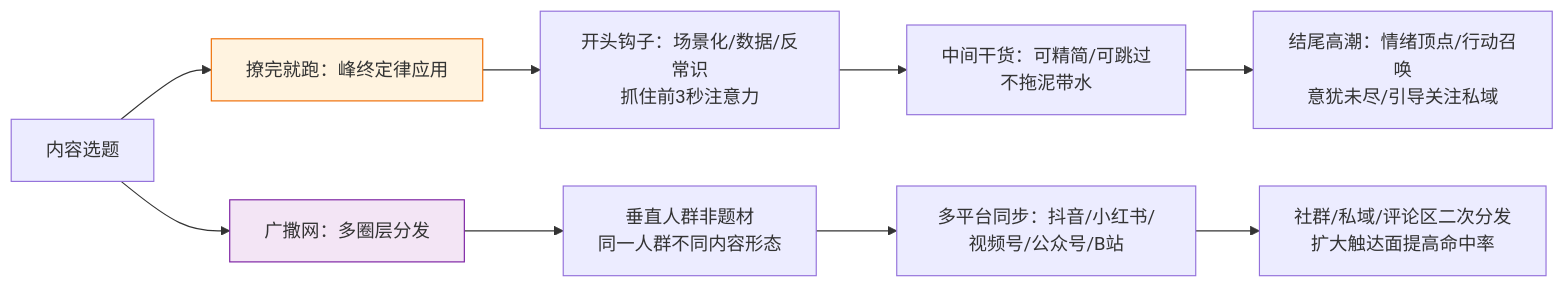
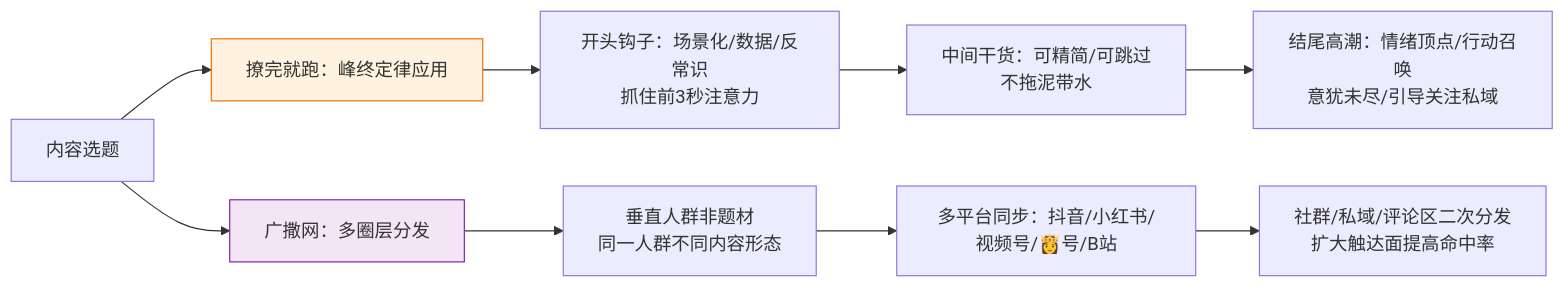
Before and after one commit to OpenDocCN1/flygon-zhuanqian-zhoubao: diagram 13 of 55 in docs/202301-02_paper2textbook/asset/body_fix_03143370416328b8c8d08fdc97a6cff0_05291e68b8caed1ca3d2cbc0b76a0d58_cb254e60c9892f262f1c3c39236cd9ad_3600878f58de957fa1e7b071ba19b5db.md, drawn with Mermaid. The commit also changed other lines of this file and 6688 other files, not shown here.

````diff
--- a/docs/202301-02_paper2textbook/asset/body_fix_03143370416328b8c8d08fdc97a6cff0_05291e68b8caed1ca3d2cbc0b76a0d58_cb254e60c9892f262f1c3c39236cd9ad_3600878f58de957fa1e7b071ba19b5db.md
+++ b/docs/202301-02_paper2textbook/asset/body_fix_03143370416328b8c8d08fdc97a6cff0_05291e68b8caed1ca3d2cbc0b76a0d58_cb254e60c9892f262f1c3c39236cd9ad_3600878f58de957fa1e7b071ba19b5db.md
@@ -744,16 +744,16 @@
 ```mermaid
 graph LR
     A[内容选题] --> B[撩完就跑：峰终定律应用]
     A --> C[广撒网：多圈层分发]
     
     B --> B1[开头钩子：场景化/数据/反常识\n抓住前3秒注意力]
     B1 --> B2[中间干货：可精简/可跳过\n不拖泥带水]
     B2 --> B3[结尾高潮：情绪顶点/行动召唤\n意犹未尽/引导关注私域]
     
     C --> C1[垂直人群非题材\n同一人群不同内容形态]
-    C1 --> C2[多平台同步：抖音/小红书/视频号/公众号/B站]
+    C1 --> C2[多平台同步：抖音/小红书/视频号/👸号/B站]
     C2 --> C3[社群/私域/评论区二次分发\n扩大触达面提高命中率]
     
     style B fill:#fff3e0,stroke:#ef6c00
     style C fill:#f3e5f5,stroke:#7b1fa2
 ```
````
